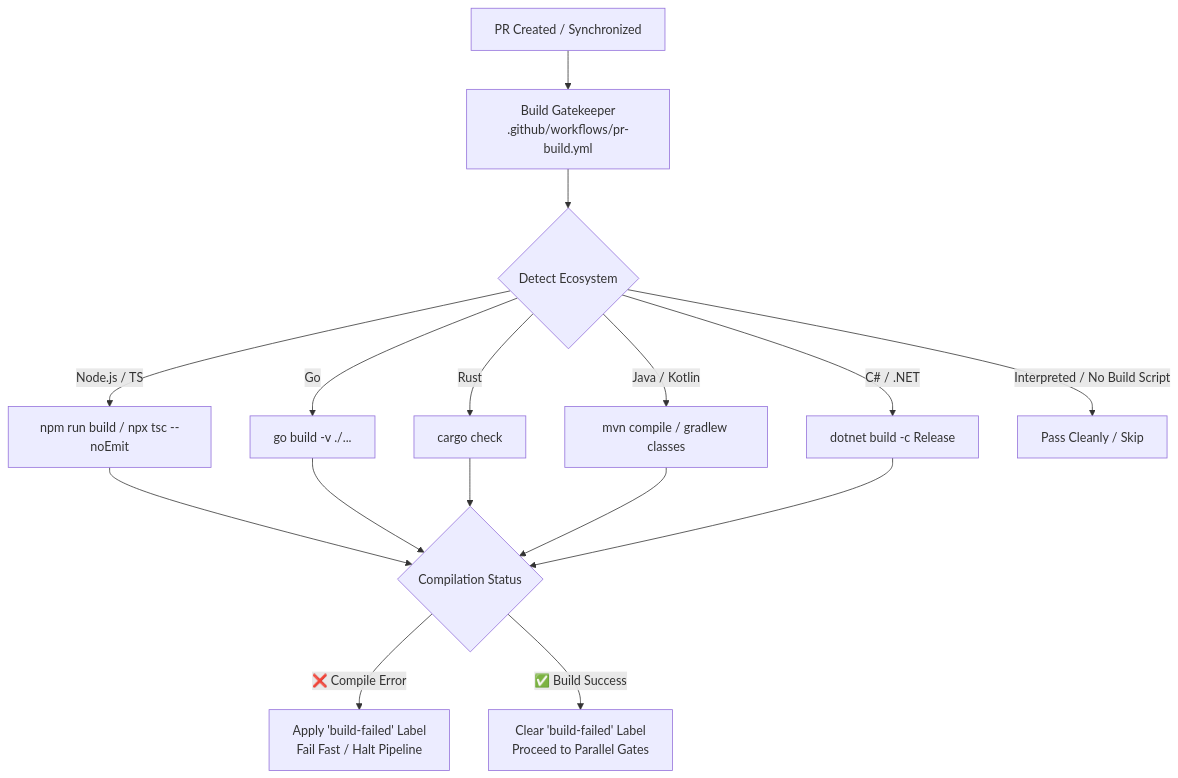
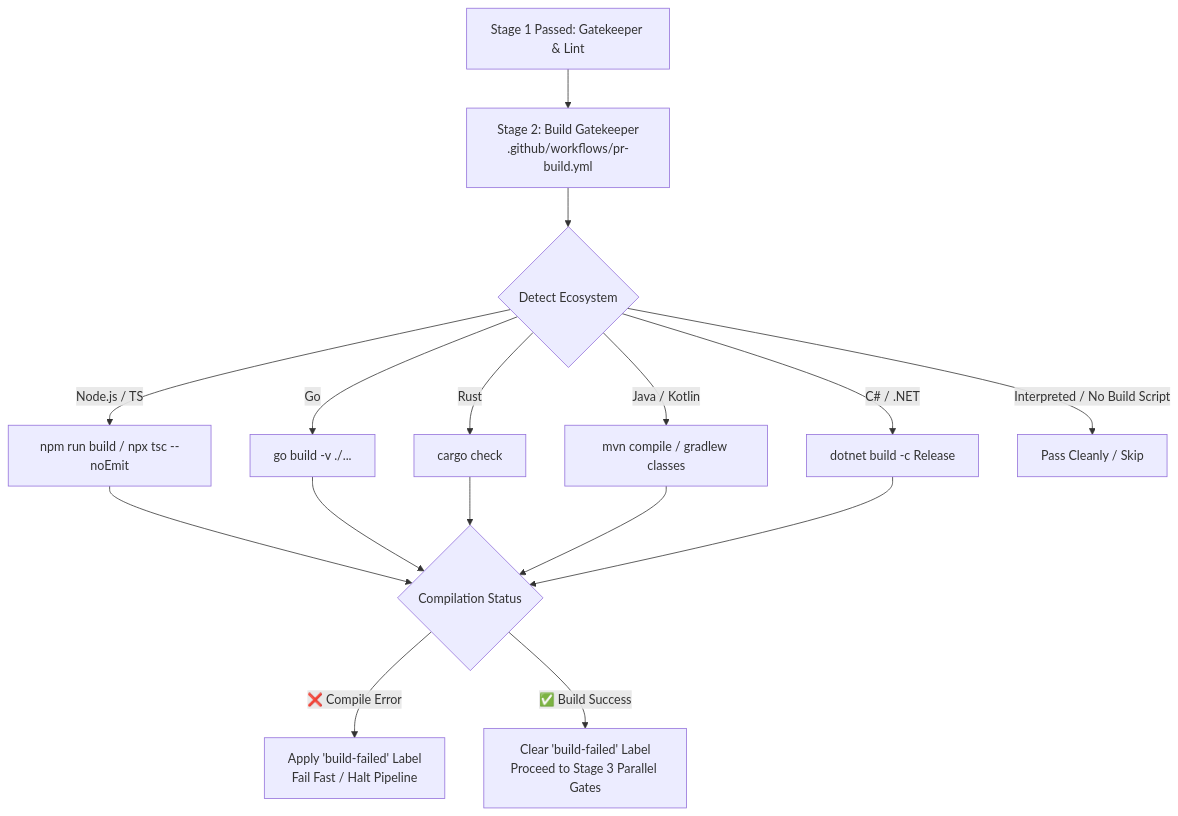
Before and after one commit to SitoaderOrg/ForgeFlow: the diagram in docs/pr-build.md, drawn with Mermaid. The commit also changed 9 other files, not shown here.

First line of the commit message:
docs: align architecture overviews and mermaid diagrams with staged orchestrator pipeline

````diff
--- a/docs/pr-build.md
+++ b/docs/pr-build.md
@@ -9,21 +9,21 @@
 ```mermaid
 flowchart TD
-    PR[PR Created / Synchronized] --> BuildGate[Build Gatekeeper\n.github/workflows/pr-build.yml]
+    Stage1Pass[Stage 1 Passed: Gatekeeper & Lint] --> BuildGate[Stage 2: Build Gatekeeper\n.github/workflows/pr-build.yml]
     
     BuildGate --> DetectLang{Detect Ecosystem}
     DetectLang -->|Node.js / TS| BuildNode[npm run build / npx tsc --noEmit]
     DetectLang -->|Go| BuildGo[go build -v ./...]
     DetectLang -->|Rust| BuildRust[cargo check]
     DetectLang -->|Java / Kotlin| BuildJava[mvn compile / gradlew classes]
     DetectLang -->|C# / .NET| BuildDotnet[dotnet build -c Release]
     DetectLang -->|Interpreted / No Build Script| PassClean[Pass Cleanly / Skip]
 
     BuildNode --> StatusCheck{Compilation Status}
     BuildGo --> StatusCheck
     BuildRust --> StatusCheck
     BuildJava --> StatusCheck
     BuildDotnet --> StatusCheck
 
     StatusCheck -->|❌ Compile Error| AddLabel[Apply 'build-failed' Label\nFail Fast / Halt Pipeline]
-    StatusCheck -->|✅ Build Success| ClearLabel[Clear 'build-failed' Label\nProceed to Parallel Gates]
+    StatusCheck -->|✅ Build Success| ClearLabel[Clear 'build-failed' Label\nProceed to Stage 3 Parallel Gates]
 ```
````
